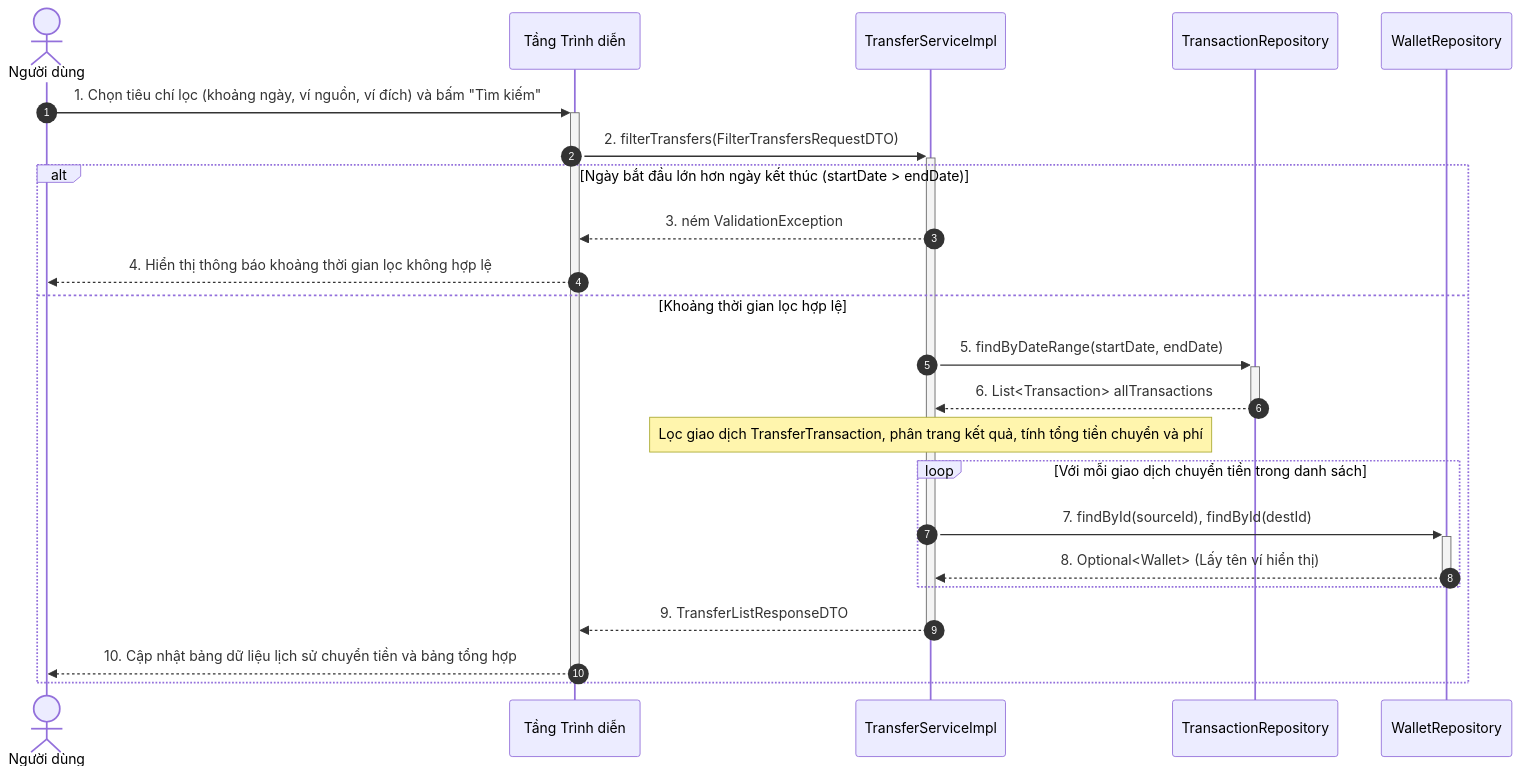
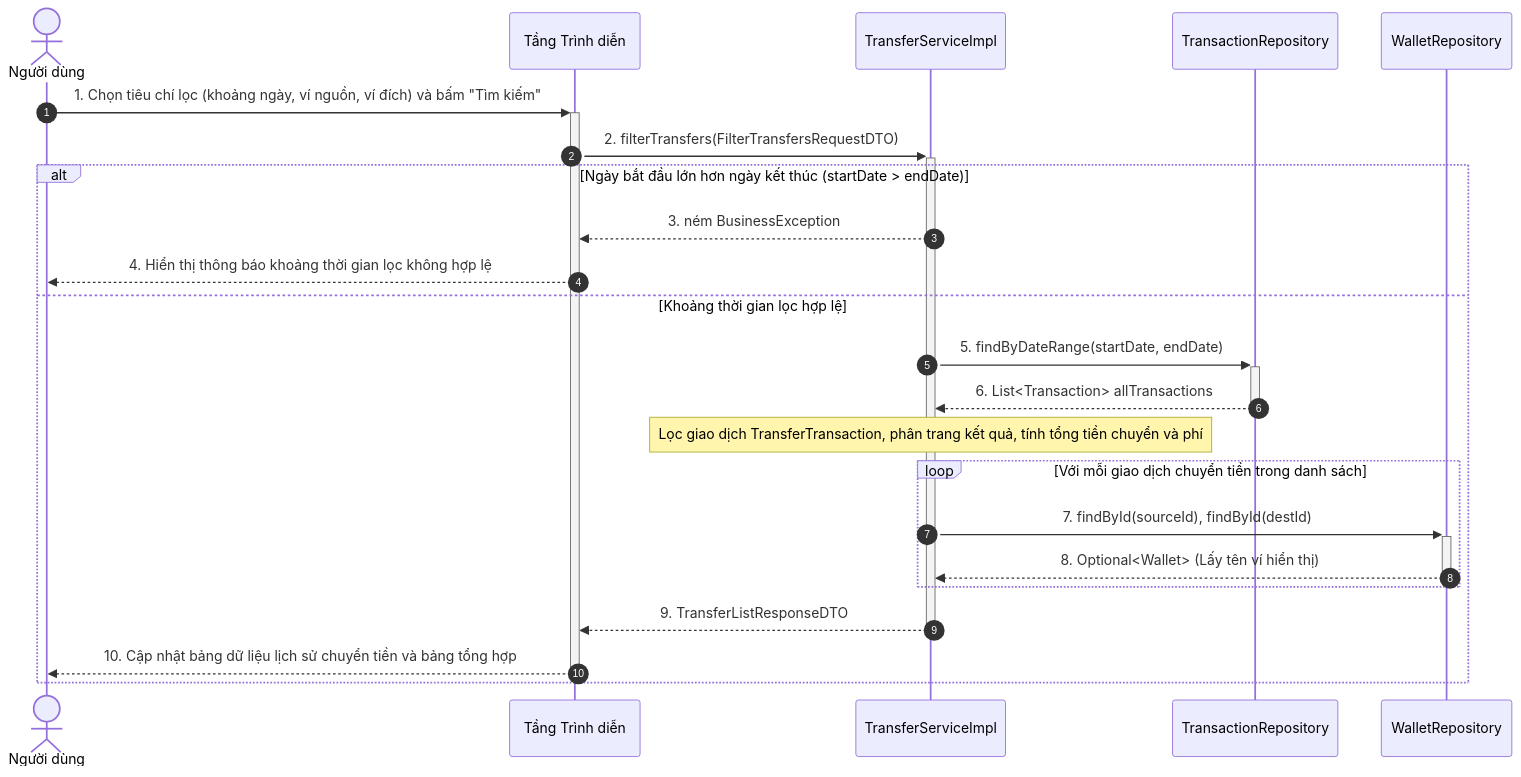
One commit to mynhleeh/pfms-oop changed diagram 11 of 21 in docs/object-oriented-design/05-so-do-tuong-tac-thiet-ke-sequence-diagram.md. Above: the diagram before and after it, drawn with Mermaid. The commit also changed other lines of this file and 15 other files, not shown here.

````diff
--- a/docs/object-oriented-design/05-so-do-tuong-tac-thiet-ke-sequence-diagram.md
+++ b/docs/object-oriented-design/05-so-do-tuong-tac-thiet-ke-sequence-diagram.md
@@ -585,26 +585,26 @@
 ```mermaid
 sequenceDiagram
     autonumber
     actor User as Người dùng
     participant GUI as Tầng Trình diễn
     participant TransferService as TransferServiceImpl
     participant TxnRepo as TransactionRepository
     participant WalletRepo as WalletRepository
 
     User->>+GUI: 1. Chọn tiêu chí lọc (khoảng ngày, ví nguồn, ví đích) và bấm "Tìm kiếm"
     GUI->>+TransferService: 2. filterTransfers(FilterTransfersRequestDTO)
     alt Ngày bắt đầu lớn hơn ngày kết thúc (startDate > endDate)
-        TransferService-->>GUI: 3. ném ValidationException
+        TransferService-->>GUI: 3. ném BusinessException
         GUI-->>User: 4. Hiển thị thông báo khoảng thời gian lọc không hợp lệ
     else Khoảng thời gian lọc hợp lệ
         TransferService->>+TxnRepo: 5. findByDateRange(startDate, endDate)
         TxnRepo-->>-TransferService: 6. List<Transaction> allTransactions
         Note over TransferService: Lọc giao dịch TransferTransaction, phân trang kết quả, tính tổng tiền chuyển và phí
         loop Với mỗi giao dịch chuyển tiền trong danh sách
             TransferService->>+WalletRepo: 7. findById(sourceId), findById(destId)
             WalletRepo-->>-TransferService: 8. Optional<Wallet> (Lấy tên ví hiển thị)
         end
         TransferService-->>-GUI: 9. TransferListResponseDTO
         GUI-->>-User: 10. Cập nhật bảng dữ liệu lịch sử chuyển tiền và bảng tổng hợp
     end
 ```
````
